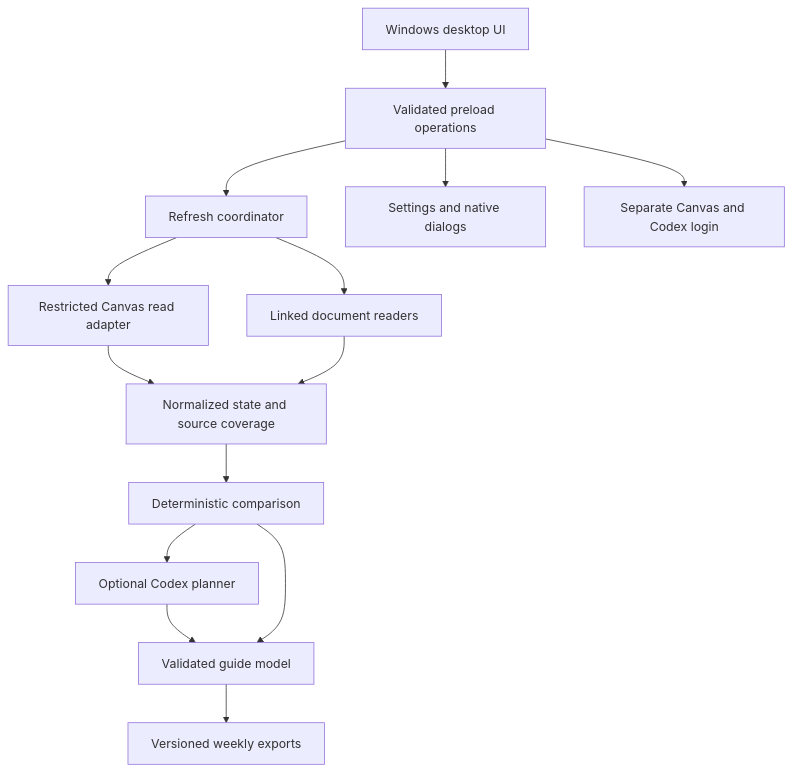
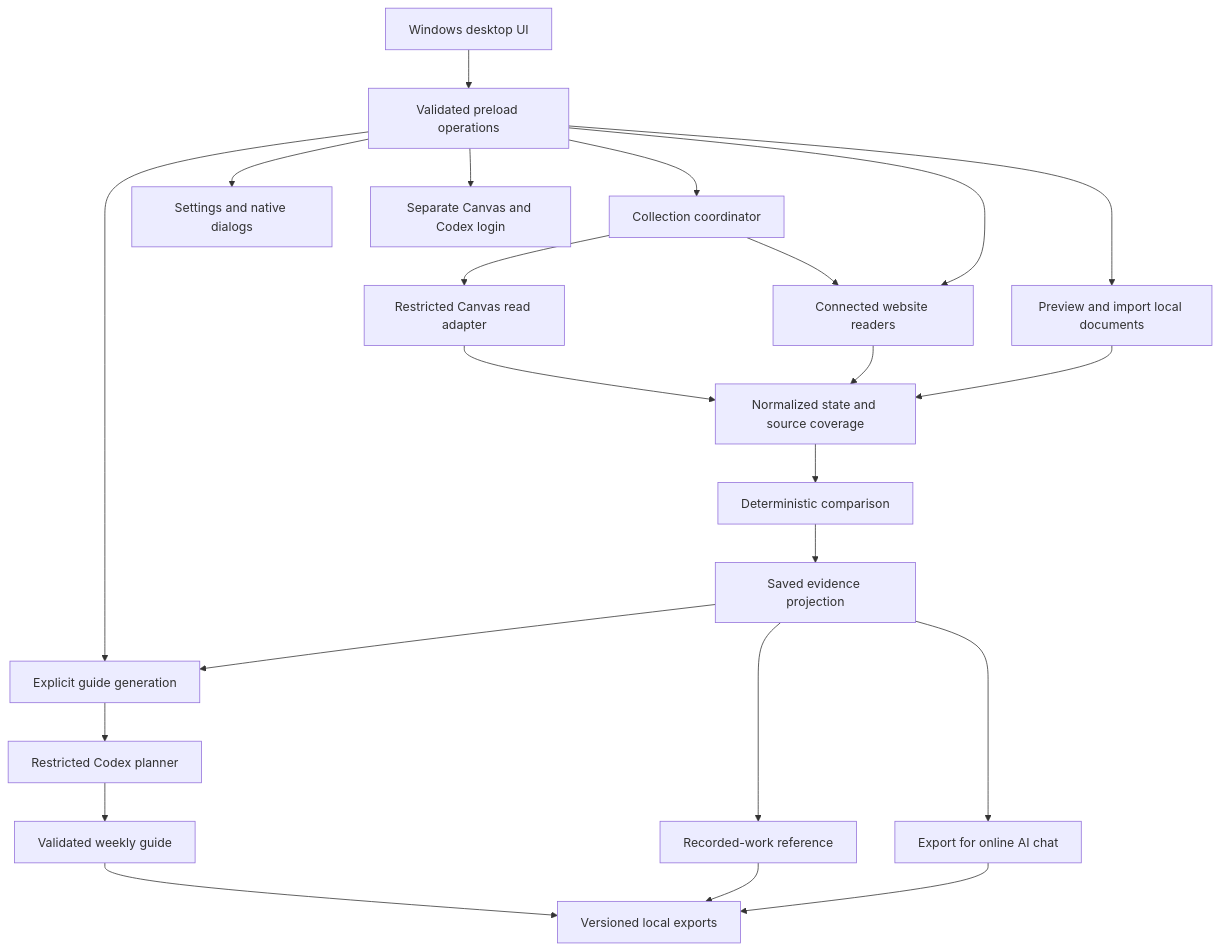
One commit to keenanselbee/canvas-weekly changed the diagram in docs/architecture.md. Above: the diagram before and after it, drawn with Mermaid. The commit also changed other lines of this file and 3 other files, not shown here.

First line of the commit message:
docs(release): refresh evidence-first acceptance review

````diff
--- a/docs/architecture.md
+++ b/docs/architecture.md
@@ -61,16 +61,25 @@
 ```mermaid
 flowchart TD
   UI[Windows desktop UI] --> IPC[Validated preload operations]
-  IPC --> Runner[Refresh coordinator]
+  IPC --> Runner[Collection coordinator]
   IPC --> Settings[Settings and native dialogs]
   IPC --> Login[Separate Canvas and Codex login]
   Runner --> Canvas[Restricted Canvas read adapter]
-  Runner --> Documents[Linked document readers]
+  Runner --> Documents[Connected website readers]
+  IPC --> Documents
+  IPC --> Import[Preview and import local documents]
   Canvas --> State[Normalized state and source coverage]
   Documents --> State
+  Import --> State
   State --> Diff[Deterministic comparison]
-  Diff --> AI[Optional Codex planner]
-  AI --> Guide[Validated guide model]
-  Diff --> Guide
-  Guide --> Export[Versioned weekly exports]
+  Diff --> Pack[Saved evidence projection]
+  Pack --> Factual[Recorded-work reference]
+  Pack --> Manual[Export for online AI chat]
+  IPC --> Generate[Explicit guide generation]
+  Pack --> Generate
+  Generate --> AI[Restricted Codex planner]
+  AI --> Guide[Validated weekly guide]
+  Guide --> Export[Versioned local exports]
+  Factual --> Export
+  Manual --> Export
 ```
````
